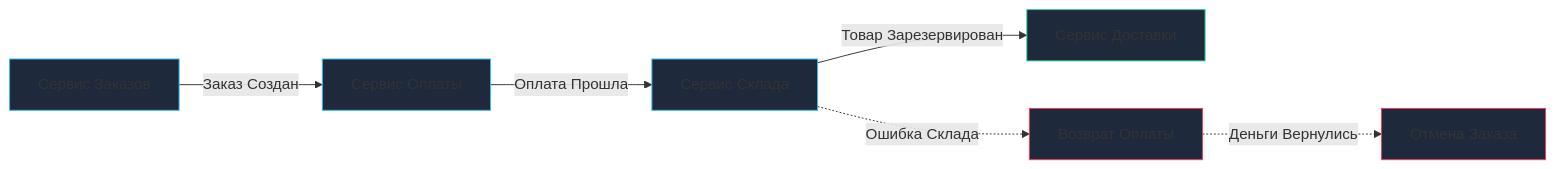
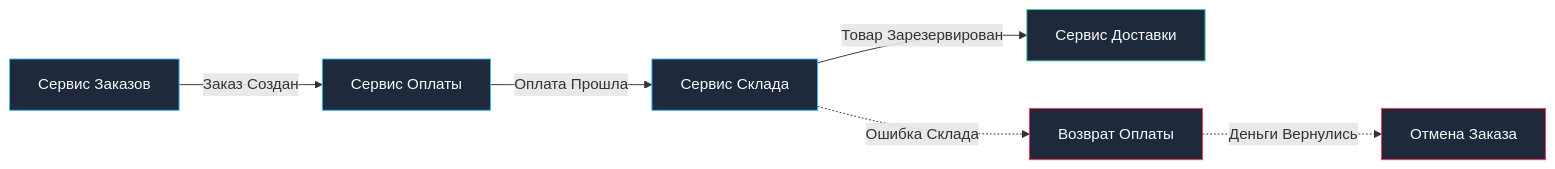
The second of 3 diagrams in sources/12. Базы данных/08. Распределенные базы данных/10. Saga pattern.md (UnrealTemplier/go-textbook), drawn with Mermaid before and after one commit. The commit also changed other lines of this file and 310 other files, not shown here.

First line of the commit message:
fix(mermaid): replace light fill colors with dark palette for readability on dark theme

````diff
--- a/sources/12. Базы данных/08. Распределенные базы данных/10. Saga pattern.md
+++ b/sources/12. Базы данных/08. Распределенные базы данных/10. Saga pattern.md
@@ -49,16 +49,16 @@
 ```mermaid
 flowchart LR
     Orders["Сервис Заказов"] -->|"Заказ Создан"| Payment["Сервис Оплаты"]
     Payment -->|"Оплата Прошла"| Inventory["Сервис Склада"]
     Inventory -->|"Товар Зарезервирован"| Delivery["Сервис Доставки"]
     
     Inventory -.->|"Ошибка Склада"| PaymentComp["Возврат Оплаты"]
     PaymentComp -.->|"Деньги Вернулись"| OrdersComp["Отмена Заказа"]
 
-    style Orders fill:#1e293b,stroke:#38bdf8,stroke-width:1px
-    style Payment fill:#1e293b,stroke:#38bdf8,stroke-width:1px
-    style Inventory fill:#1e293b,stroke:#38bdf8,stroke-width:1px
-    style Delivery fill:#1e293b,stroke:#34d399,stroke-width:1px
-    style PaymentComp fill:#1e293b,stroke:#f43f5e,stroke-width:1px
-    style OrdersComp fill:#1e293b,stroke:#f43f5e,stroke-width:1px
+    style Orders fill:#1e293b,stroke:#38bdf8,stroke-width:1px,color:#f8fafc
+    style Payment fill:#1e293b,stroke:#38bdf8,stroke-width:1px,color:#f8fafc
+    style Inventory fill:#1e293b,stroke:#38bdf8,stroke-width:1px,color:#f8fafc
+    style Delivery fill:#1e293b,stroke:#34d399,stroke-width:1px,color:#f8fafc
+    style PaymentComp fill:#1e293b,stroke:#f43f5e,stroke-width:1px,color:#f8fafc
+    style OrdersComp fill:#1e293b,stroke:#f43f5e,stroke-width:1px,color:#f8fafc
 ```
````
